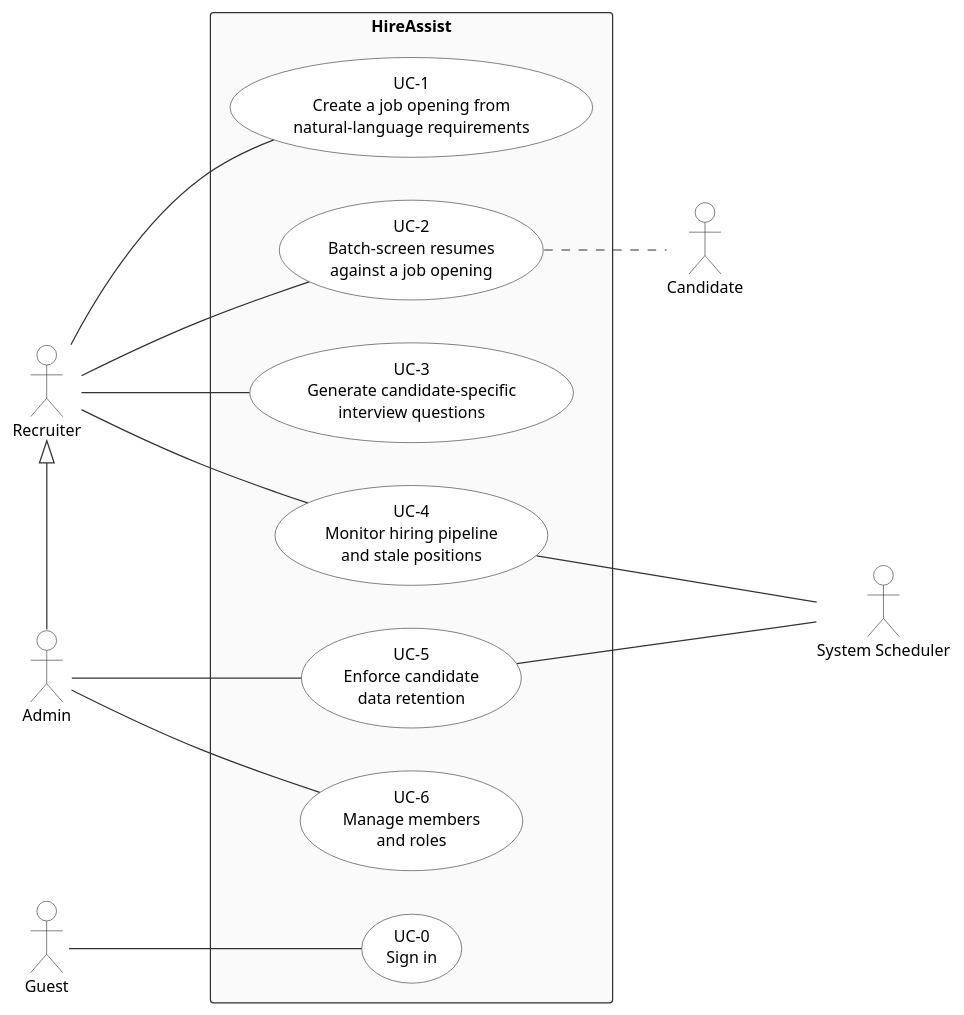
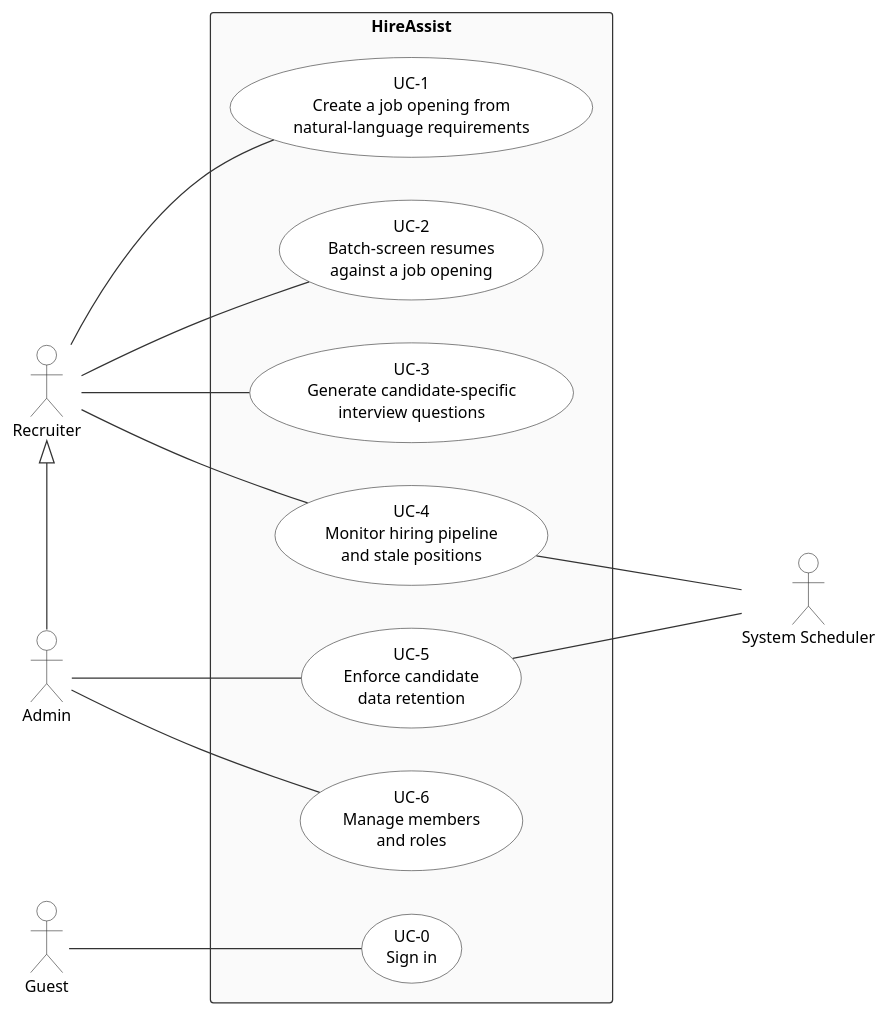
One commit to whotookmine/HireAssist changed the diagram in docs/diagrams/use-case-diagram.puml. Above: the diagram before and after it, drawn with PlantUML. The commit also changed 13 other files, not shown here.

```diff
--- a/docs/diagrams/use-case-diagram.puml
+++ b/docs/diagrams/use-case-diagram.puml
@@ -1,67 +1,64 @@
 @startuml use-case-diagram
 ' HireAssist — Use Case Diagram (UML)
 '
 ' This file is the source of the diagram. use-case-diagram.svg next to it is rendered from it
 ' and embedded in docs/PROPOSAL.md. After editing, re-render and commit both files together:
 '
 '   plantuml -tsvg docs/diagrams/use-case-diagram.puml
 '   (or: java -jar plantuml.jar -tsvg docs/diagrams/use-case-diagram.puml)
 '
 ' It must agree with the use cases in docs/PROPOSAL.md. When a use case changes, follow the
 ' checklist in CLAUDE.md -> "When a use case changes". D-1 is deferred and deliberately absent.
 
 left to right direction
 skinparam shadowing false
 skinparam defaultFontName Helvetica
 skinparam defaultFontSize 13
 skinparam actorBorderColor #333333
 skinparam actorBackgroundColor #FFFFFF
 skinparam usecaseBorderColor #333333
 skinparam usecaseBackgroundColor #FFFFFF
 skinparam rectangleBorderColor #333333
 skinparam rectangleBackgroundColor #FAFAFA
 skinparam arrowColor #333333
 
 ' ── People who use the application (left) ─────────────────────────
 ' A Guest has not signed in. On signing in (UC-0) they act as a Recruiter or an Admin,
 ' according to their role, so Recruiter and Admin always denote a signed-in user.
 actor "Guest" as G
 actor "Recruiter" as R
 actor "Admin" as AD
 
 ' ── Time-driven and indirect actors, who never sign in (right) ────
 actor "System Scheduler" as SCH
-actor "Candidate" as CD
 
 rectangle "HireAssist" {
   usecase "UC-0\nSign in" as UC0
   usecase "UC-1\nCreate a job opening from\nnatural-language requirements" as UC1
   usecase "UC-2\nBatch-screen resumes\nagainst a job opening" as UC2
   usecase "UC-3\nGenerate candidate-specific\ninterview questions" as UC3
   usecase "UC-4\nMonitor hiring pipeline\nand stale positions" as UC4
   usecase "UC-5\nEnforce candidate\ndata retention" as UC5
   usecase "UC-6\nManage members\nand roles" as UC6
 }
 
 ' Admin specialises Recruiter: it inherits every Recruiter association (UC-1 to UC-4)
 ' and adds its own — configuring the retention policy (UC-5) and managing members (UC-6).
 R <|- AD
 
 R --- UC1
 R --- UC2
 R --- UC3
 R --- UC4
 AD --- UC5
 AD --- UC6
 
 ' Signing in changes the role a person plays; it is not a kind-of relationship, so no
 ' generalisation is drawn between Guest and Recruiter or Admin.
 G --- UC0
 
 UC4 --- SCH
 UC5 --- SCH
 
-' Candidate never signs in; it supplies the resume and consent decision UC-2 processes.
-UC2 .. CD
 
 @enduml
```
